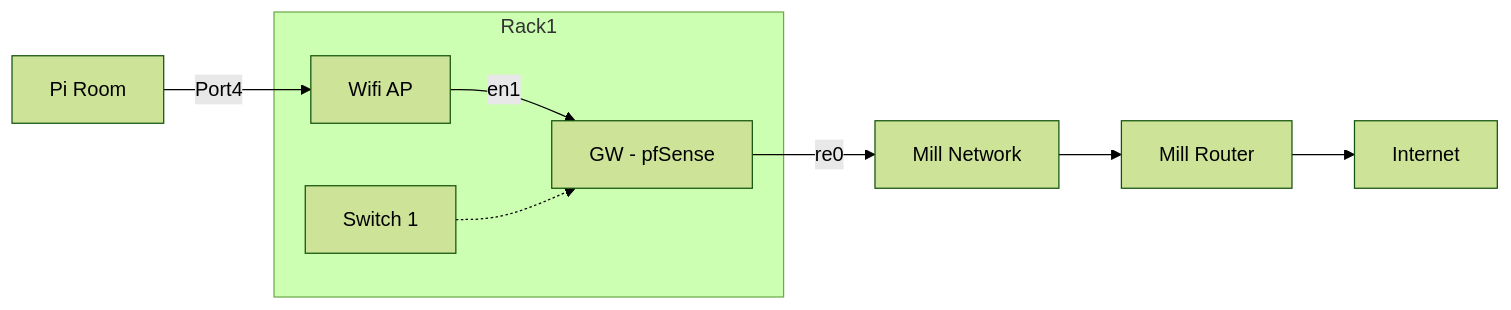
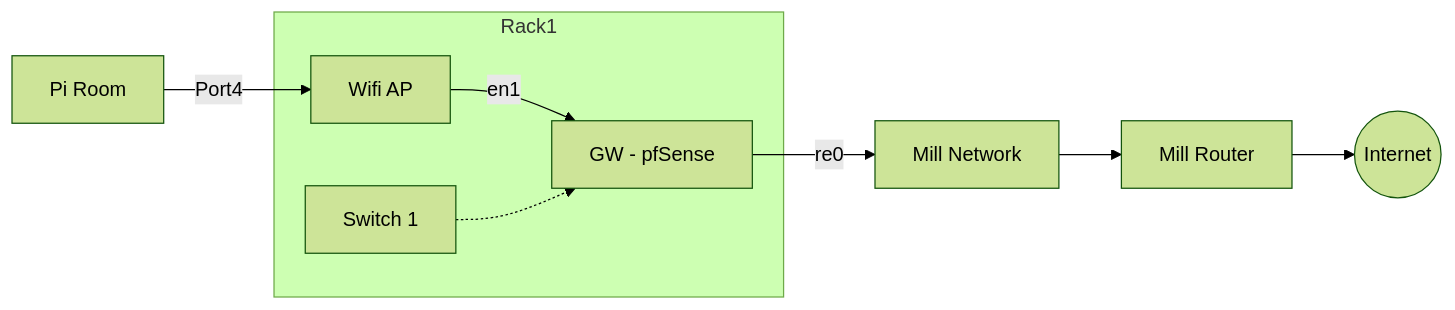
The first of 2 diagrams in docs/membership/member_information/network_layout.md (leigh-hackspace/HackspaceWiki), drawn with Mermaid (forest theme) before and after one commit.

Commit message:
Fix Internet's appearence on the graph

````diff
--- a/docs/membership/member_information/network_layout.md
+++ b/docs/membership/member_information/network_layout.md
@@ -15,11 +15,11 @@
 ```mermaid
 graph LR
     subgraph Rack1
     AP[Wifi AP] -->|en1| GW
     SWITCH1[Switch 1] -.-> GW
     GW[GW - pfSense] 
     end
     GW -->|re0| MILL
-    MILL[Mill Network] --> MILLROUTER[Mill Router] --> INTERNET[Internet]
+    MILL[Mill Network] --> MILLROUTER[Mill Router] --> INTERNET((Internet))
     PIROOM[Pi Room] -->|Port4| AP
 ```
````
